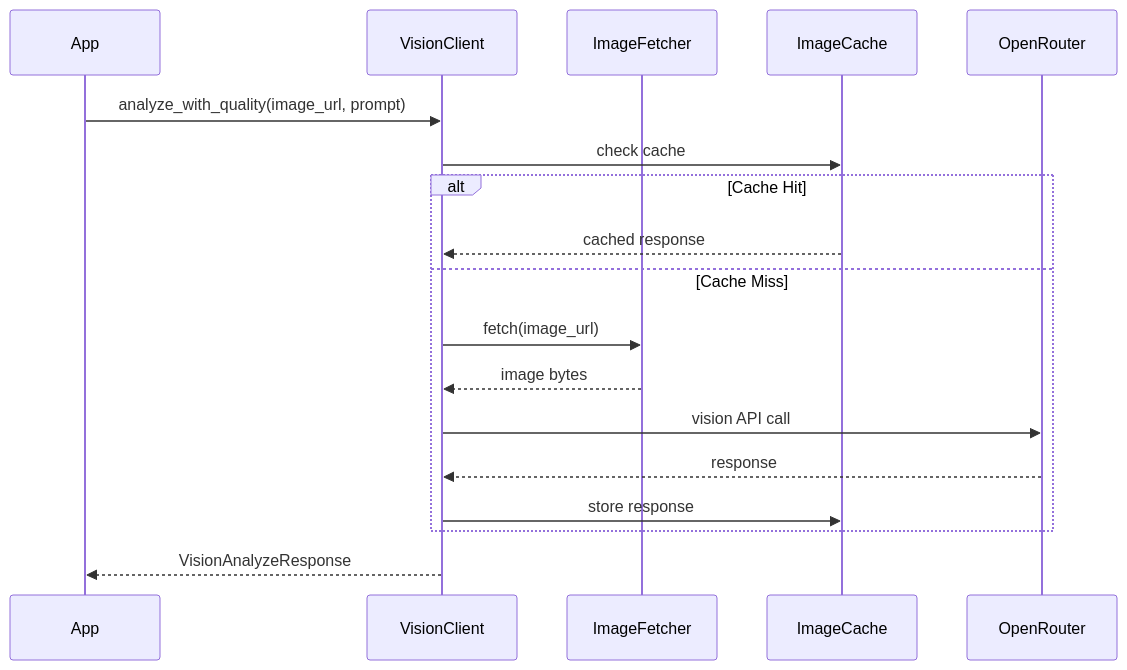
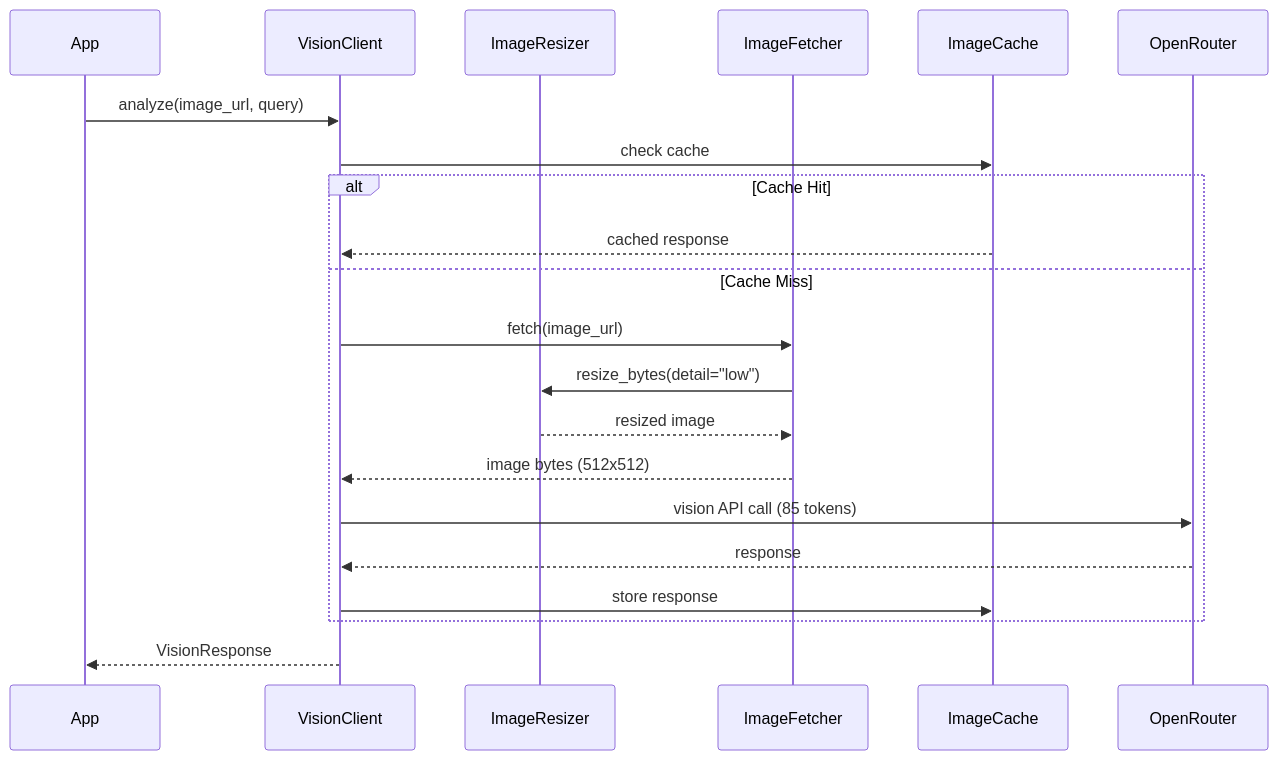
Before and after one commit to markolofsen/django-cfg: the second of 3 diagrams in packages/django_cfg/modules/django_llm/README.md, drawn with Mermaid. The commit also changed other lines of this file and 50 other files, not shown here.

````diff
--- a/packages/django_cfg/modules/django_llm/README.md
+++ b/packages/django_cfg/modules/django_llm/README.md
@@ -443,23 +563,26 @@
 ```mermaid
 sequenceDiagram
     participant App
     participant VisionClient
+    participant ImageResizer
     participant ImageFetcher
     participant ImageCache
     participant OpenRouter
 
-    App->>VisionClient: analyze_with_quality(image_url, prompt)
+    App->>VisionClient: analyze(image_url, query)
     VisionClient->>ImageCache: check cache
 
     alt Cache Hit
         ImageCache-->>VisionClient: cached response
     else Cache Miss
         VisionClient->>ImageFetcher: fetch(image_url)
-        ImageFetcher-->>VisionClient: image bytes
-        VisionClient->>OpenRouter: vision API call
+        ImageFetcher->>ImageResizer: resize_bytes(detail="low")
+        ImageResizer-->>ImageFetcher: resized image
+        ImageFetcher-->>VisionClient: image bytes (512x512)
+        VisionClient->>OpenRouter: vision API call (85 tokens)
         OpenRouter-->>VisionClient: response
         VisionClient->>ImageCache: store response
     end
 
-    VisionClient-->>App: VisionAnalyzeResponse
+    VisionClient-->>App: VisionResponse
 ```
````
